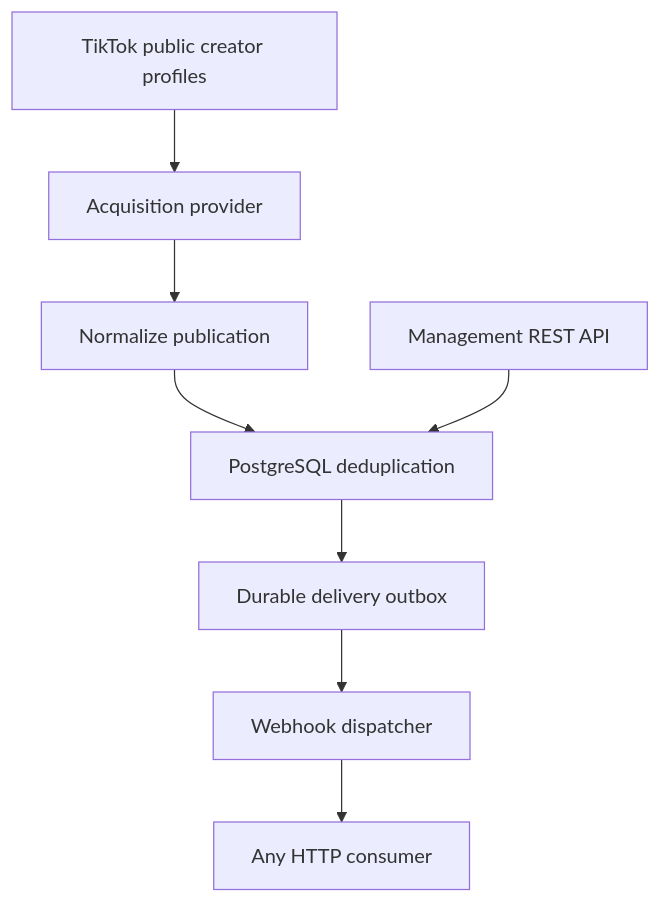
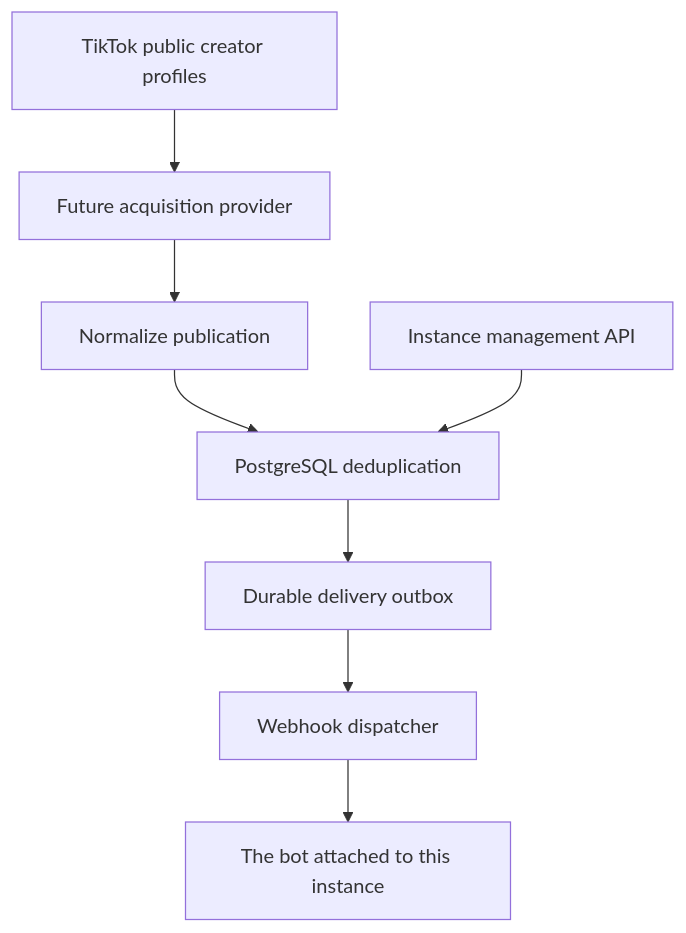
One commit to KuaFeur/VoxyTok changed the diagram in README.md. Above: the diagram before and after it, drawn with Mermaid. The commit also changed other lines of this file and 11 other files, not shown here.

````diff
--- a/README.md
+++ b/README.md
@@ -43,10 +46,10 @@
 ```mermaid
 flowchart TD
-    T[TikTok public creator profiles] --> P[Acquisition provider]
+    T[TikTok public creator profiles] --> P[Future acquisition provider]
     P --> N[Normalize publication]
     N --> D[PostgreSQL deduplication]
     D --> O[Durable delivery outbox]
     O --> W[Webhook dispatcher]
-    W --> C[Any HTTP consumer]
-    API[Management REST API] --> D
+    W --> B[The bot attached to this instance]
+    API[Instance management API] --> D
 ```
````
